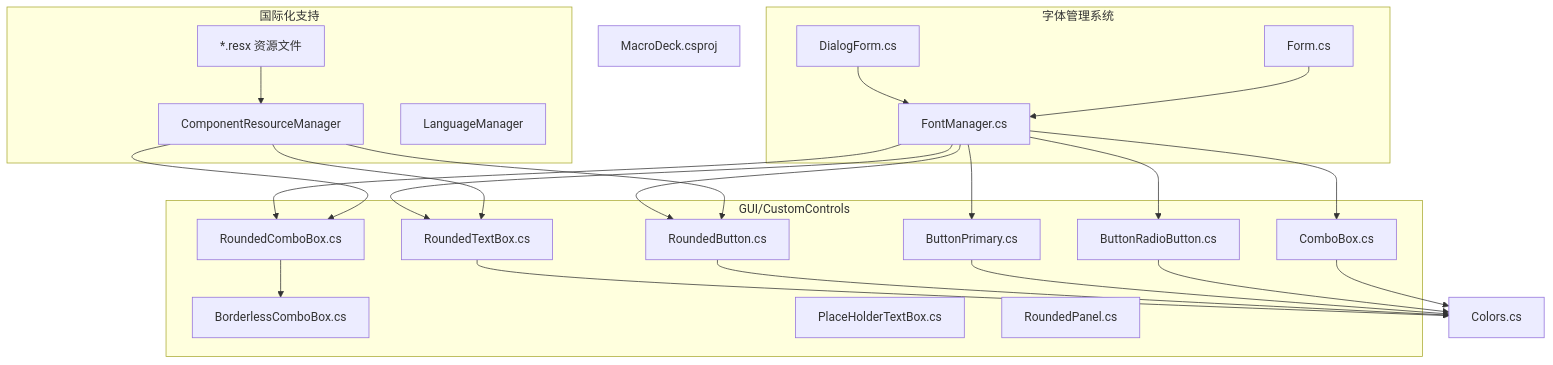
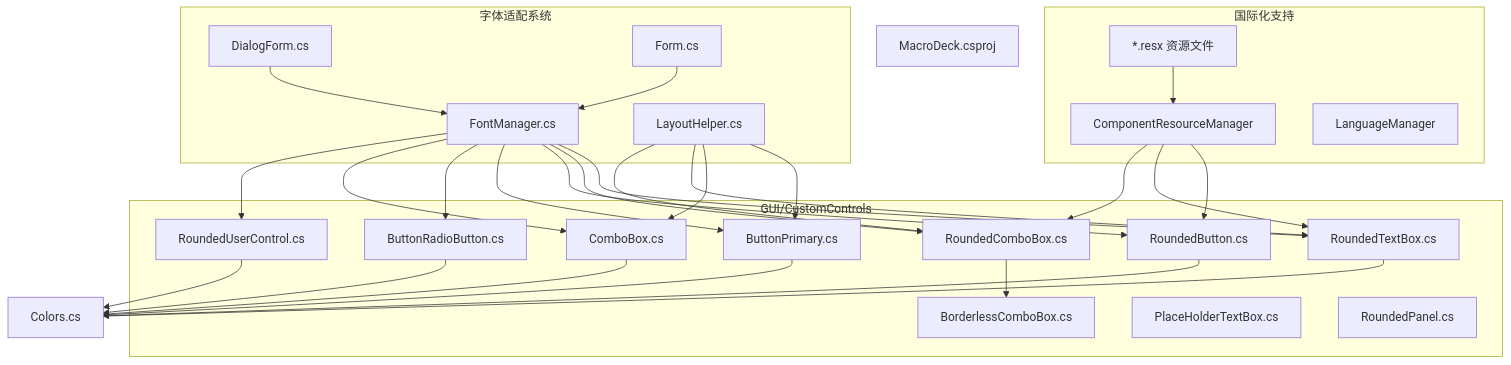
One commit to tea4go/Macro-Deck changed the first of 13 diagrams in .qoder/repowiki/zh/content/图形用户界面/自定义控件/自定义控件.md. Above: the diagram before and after it, drawn with Mermaid. The commit also changed other lines of this file and 5 other files, not shown here.

````diff
--- a/.qoder/repowiki/zh/content/图形用户界面/自定义控件/自定义控件.md
+++ b/.qoder/repowiki/zh/content/图形用户界面/自定义控件/自定义控件.md
@@ -62,44 +55,52 @@
 ```mermaid
 graph TB
 subgraph "GUI/CustomControls"
 RB["RoundedButton.cs"]
 RTB["RoundedTextBox.cs"]
 RCB["RoundedComboBox.cs"]
 BLCB["BorderlessComboBox.cs"]
 PTB["PlaceHolderTextBox.cs"]
 RP["RoundedPanel.cs"]
 BP["ButtonPrimary.cs"]
 BRB["ButtonRadioButton.cs"]
 CB["ComboBox.cs"]
+RUC["RoundedUserControl.cs"]
 end
-subgraph "字体管理系统"
+subgraph "字体适配系统"
 FM["FontManager.cs"]
+LH["LayoutHelper.cs"]
 DF["DialogForm.cs"]
 UF["Form.cs"]
 end
 subgraph "国际化支持"
 RES["*.resx 资源文件"]
 CRM["ComponentResourceManager"]
 LM["LanguageManager"]
 end
 Colors["Colors.cs"]
 Proj["MacroDeck.csproj"]
 RCB --> BLCB
 RTB --> Colors
 RB --> Colors
 BP --> Colors
 BRB --> Colors
 CB --> Colors
+RUC --> Colors
 FM --> RTB
 FM --> RCB
 FM --> RB
 FM --> BP
 FM --> BRB
 FM --> CB
+FM --> RUC
+LH --> BP
+LH --> CB
+LH --> RTB
+LH --> RCB
 DF --> FM
 UF --> FM
 RES --> CRM
 CRM --> RB
 CRM --> RTB
 CRM --> RCB
 ```
````
